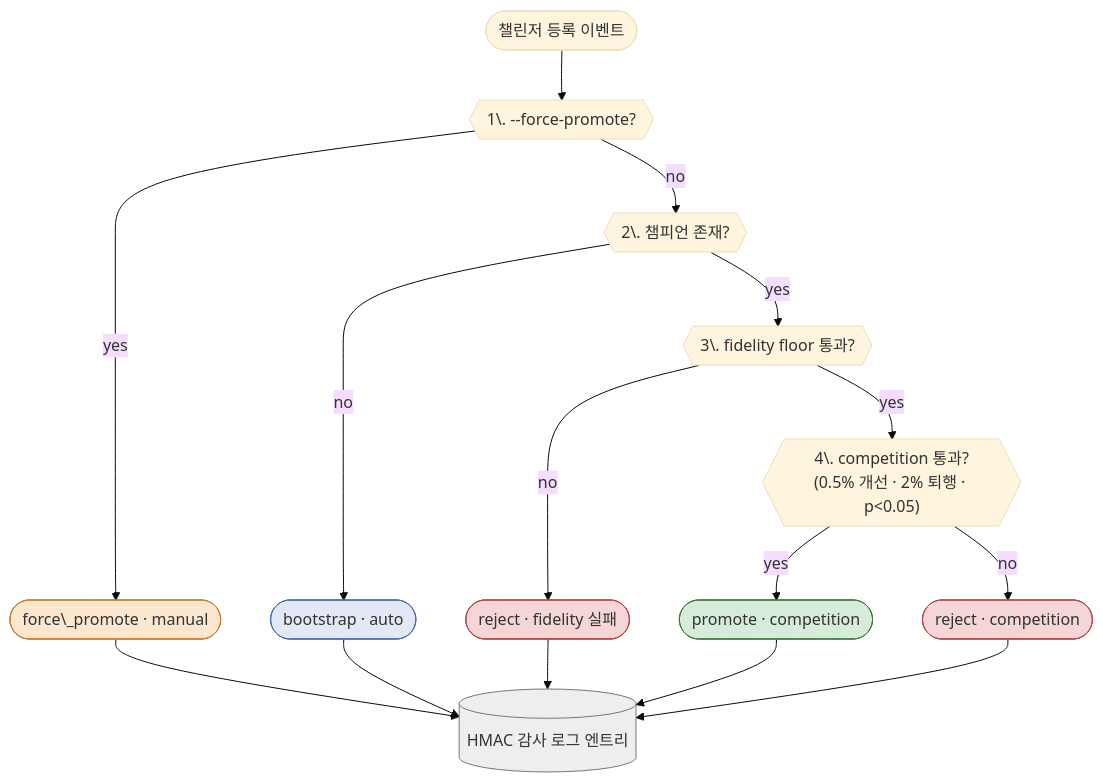
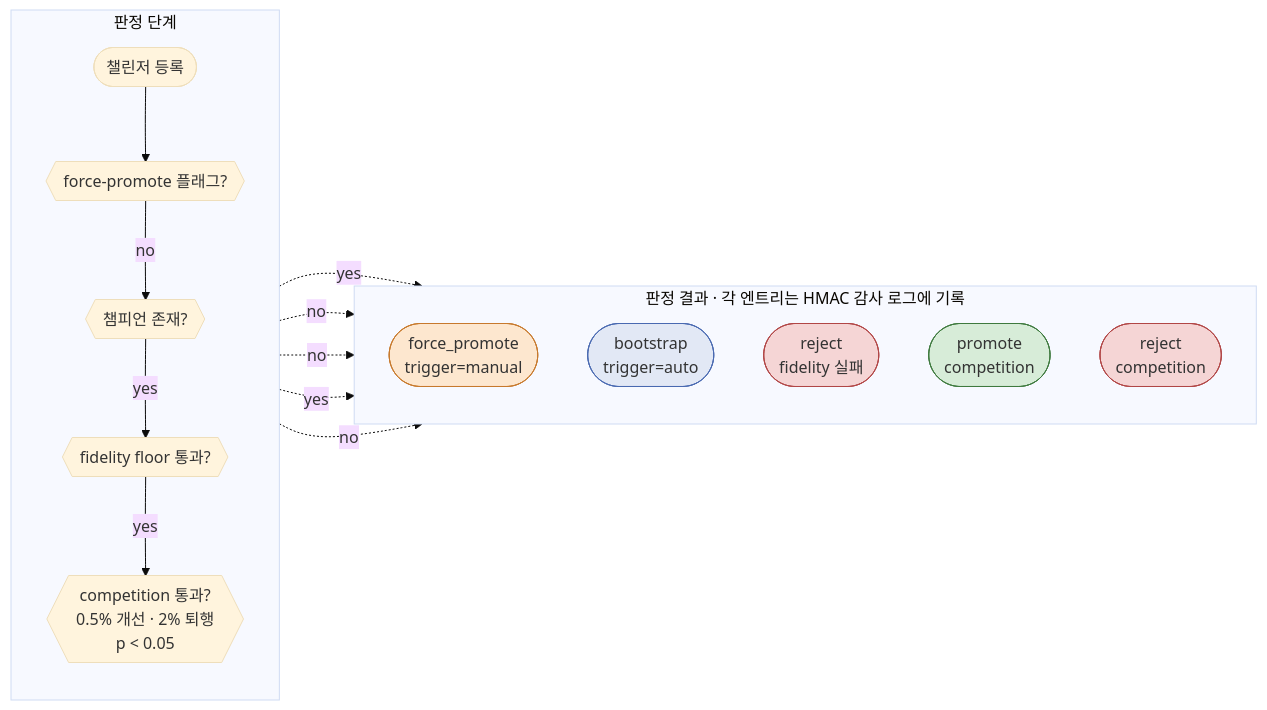
One commit to bluethestyle/bluethestyle.github.io changed the diagram in src/content/posts/2026-04-21-mrm-ep2-champion-challenger-ko.md. Above: the diagram before and after it, drawn with Mermaid (base theme). The commit also changed other lines of this file and 1 other file, not shown here.

Commit message:
viz(mrm-2): restructure decision-gate diagram for narrow column
Prior TB flowchart fanned 5 outcome nodes at the bottom and pushed
text below legibility in the ~520px post column. Restructure as LR
outer with two TB subgraphs — decision spine on the left, outcomes
column on the right. Each node now has roughly half the post width
instead of a fifth, so labels render at full size. Also drop the
single HMAC audit-entry node (which forced all five outcomes to
converge at the bottom row) and state the audit invariant in prose
immediately after the diagram instead.

Side-effects: "p<0.05" → "p &lt; 0.05" to avoid Mermaid parsing the
less-than. Numeric step prefixes ("1\.") removed — they had rendered
literally with the backslash visible; step numbers survive in the
prose walkthrough below the diagram.

````diff
--- a/src/content/posts/2026-04-21-mrm-ep2-champion-challenger-ko.md
+++ b/src/content/posts/2026-04-21-mrm-ep2-champion-challenger-ko.md
@@ -51,36 +51,34 @@
 ```mermaid
-flowchart TB
-  start([챌린저 등록 이벤트])
-  q1{{"1\. --force-promote?"}}
-  q2{{"2\. 챔피언 존재?"}}
-  q3{{"3\. fidelity floor 통과?"}}
-  q4{{"4\. competition 통과?<br/>(0.5% 개선 · 2% 퇴행 · p<0.05)"}}
-  d1([force\_promote · manual])
-  d2([bootstrap · auto])
-  d3([reject · fidelity 실패])
-  d4a([promote · competition])
-  d4b([reject · competition])
-  audit[("HMAC 감사 로그 엔트리")]
-
-  start --> q1
-  q1 -- yes --> d1
-  q1 -- no --> q2
-  q2 -- no --> d2
-  q2 -- yes --> q3
-  q3 -- no --> d3
-  q3 -- yes --> q4
-  q4 -- yes --> d4a
-  q4 -- no --> d4b
-  d1 --> audit
-  d2 --> audit
-  d3 --> audit
-  d4a --> audit
-  d4b --> audit
+flowchart LR
+  subgraph D [판정 단계]
+    direction TB
+    start([챌린저 등록])
+    q1{{"force-promote 플래그?"}}
+    q2{{"챔피언 존재?"}}
+    q3{{"fidelity floor 통과?"}}
+    q4{{"competition 통과?<br/>0.5% 개선 · 2% 퇴행<br/>p &lt; 0.05"}}
+    start --> q1
+    q1 -- no --> q2
+    q2 -- yes --> q3
+    q3 -- yes --> q4
+  end
+  subgraph O [판정 결과 · 각 엔트리는 HMAC 감사 로그에 기록]
+    direction TB
+    d1([force_promote<br/>trigger=manual])
+    d2([bootstrap<br/>trigger=auto])
+    d3([reject<br/>fidelity 실패])
+    d4a([promote<br/>competition])
+    d4b([reject<br/>competition])
+  end
+  q1 -. yes .-> d1
+  q2 -. no .-> d2
+  q3 -. no .-> d3
+  q4 -. yes .-> d4a
+  q4 -. no .-> d4b
 
   style d1 fill:#FDE7CF,stroke:#C77A2E
   style d2 fill:#E2E8F5,stroke:#4A6AB1
   style d3 fill:#F5D5D5,stroke:#B14747
   style d4a fill:#D7ECD8,stroke:#3F7A3F
   style d4b fill:#F5D5D5,stroke:#B14747
-  style audit fill:#EEE,stroke:#777
 ```
````
